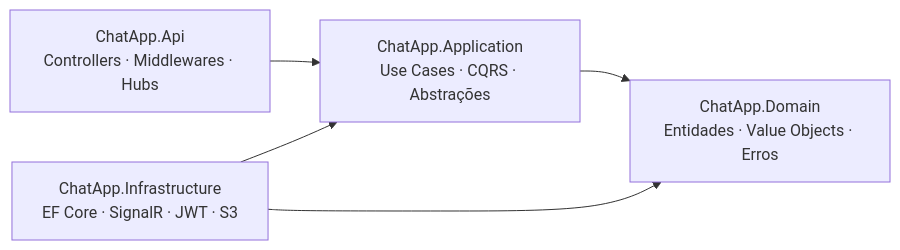
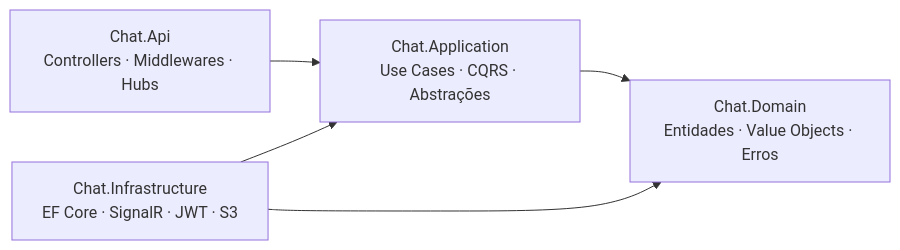
The diagram in README.md (eovinicius/ChatApp), drawn with Mermaid before and after one commit. The commit also changed other lines of this file and 292 other files, not shown here.

First line of the commit message:
refactor!: reorganizar ChatApp em monorepo e renomear para Chat

````diff
--- a/README.md
+++ b/README.md
@@ -42,7 +42,7 @@
 ```mermaid
 graph LR
-    A["ChatApp.Api\nControllers · Middlewares · Hubs"] --> B["ChatApp.Application\nUse Cases · CQRS · Abstrações"]
-    B --> C["ChatApp.Domain\nEntidades · Value Objects · Erros"]
-    D["ChatApp.Infrastructure\nEF Core · SignalR · JWT · S3"] --> B
+    A["Chat.Api\nControllers · Middlewares · Hubs"] --> B["Chat.Application\nUse Cases · CQRS · Abstrações"]
+    B --> C["Chat.Domain\nEntidades · Value Objects · Erros"]
+    D["Chat.Infrastructure\nEF Core · SignalR · JWT · S3"] --> B
     D --> C
 ```
````
